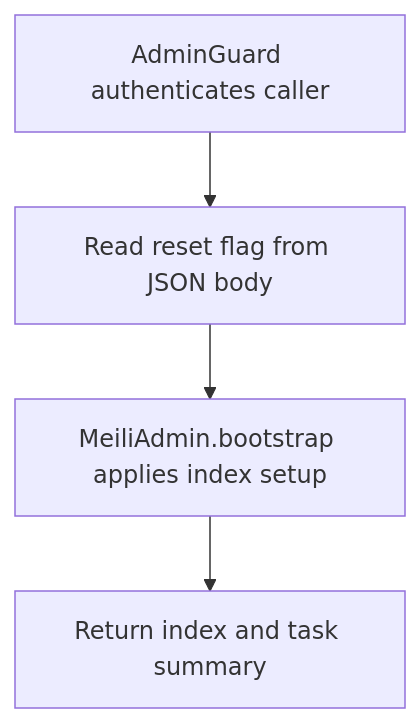
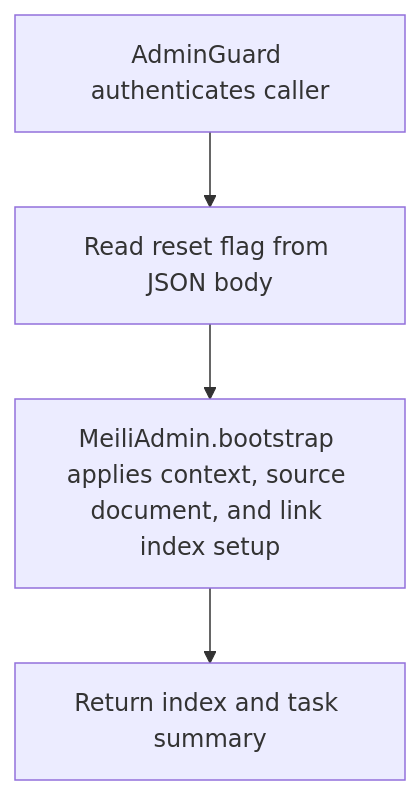
Before and after one commit to dickwu/nowledge: the diagram in doc/api/post_v1_admin_bootstrap.md, drawn with Mermaid. The commit also changed other lines of this file and 31 other files, not shown here.

````diff
--- a/doc/api/post_v1_admin_bootstrap.md
+++ b/doc/api/post_v1_admin_bootstrap.md
@@ -39,10 +46,10 @@
 ```mermaid
 flowchart TD
   n0["AdminGuard authenticates caller"]
   n1["Read reset flag from JSON body"]
-  n2["MeiliAdmin.bootstrap applies index setup"]
+  n2["MeiliAdmin.bootstrap applies context, source document, and link index setup"]
   n3["Return index and task summary"]
   n0 --> n1
   n1 --> n2
   n2 --> n3
 ```
````
